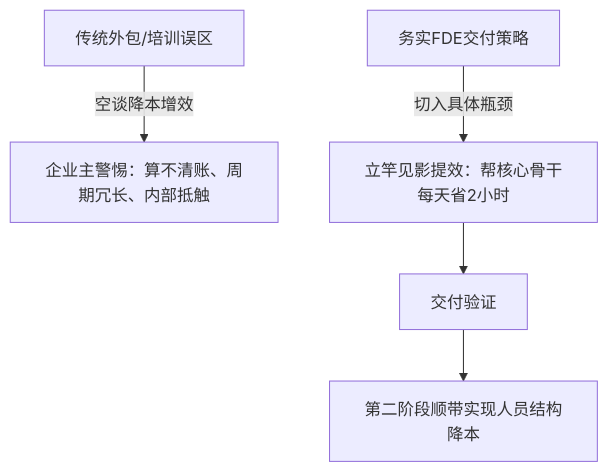
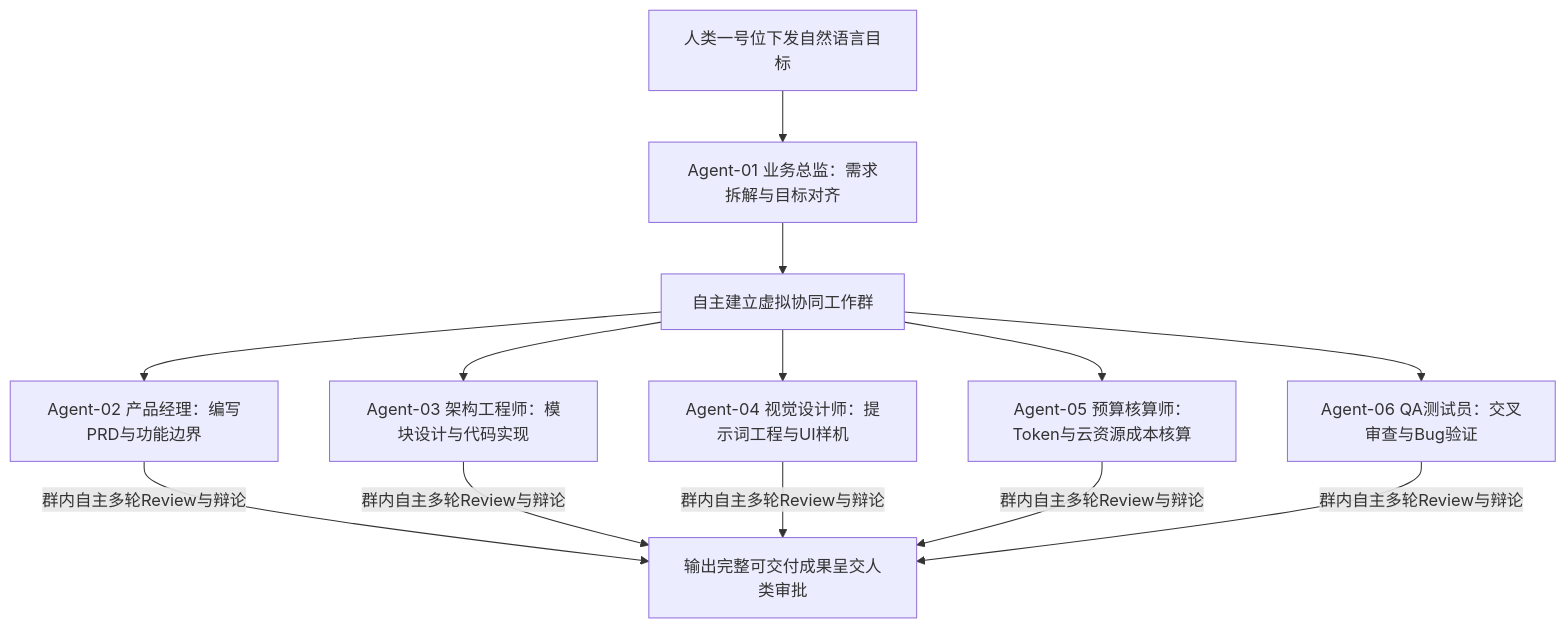
One commit to dollarser/knowledge changed the second of 8 diagrams in content/live-20261104-01.md. Above: the diagram before and after it, drawn with Mermaid. The commit also changed other lines of this file and 1 other file, not shown here.

````diff
--- a/content/live-20261104-01.md
+++ b/content/live-20261104-01.md
@@ -43,6 +54,11 @@
 ```mermaid
 flowchart TD
-    A["传统外包/培训误区"] -->|"空谈降本增效"| B["企业主警惕：算不清账、周期冗长、内部抵触"]
-    C["务实FDE交付策略"] -->|"切入具体瓶颈"| D["立竿见影提效：帮核心骨干每天省2小时"]
-    D --> E["交付验证"] --> F["第二阶段顺带实现人员结构降本"]
+    A["人类一号位下发自然语言目标"] --> B["Agent-01 业务总监：需求拆解与目标对齐"]
+    B --> C["自主建立虚拟协同工作群"]
+    C --> D["Agent-02 产品经理：编写PRD与功能边界"]
+    C --> E["Agent-03 架构工程师：模块设计与代码实现"]
+    C --> F["Agent-04 视觉设计师：提示词工程与UI样机"]
+    C --> G["Agent-05 预算核算师：Token与云资源成本核算"]
+    C --> H["Agent-06 QA测试员：交叉审查与Bug验证"]
+    D & E & F & G & H -->|"群内自主多轮Review与辩论"| I["输出完整可交付成果呈交人类审批"]
 ```
````
